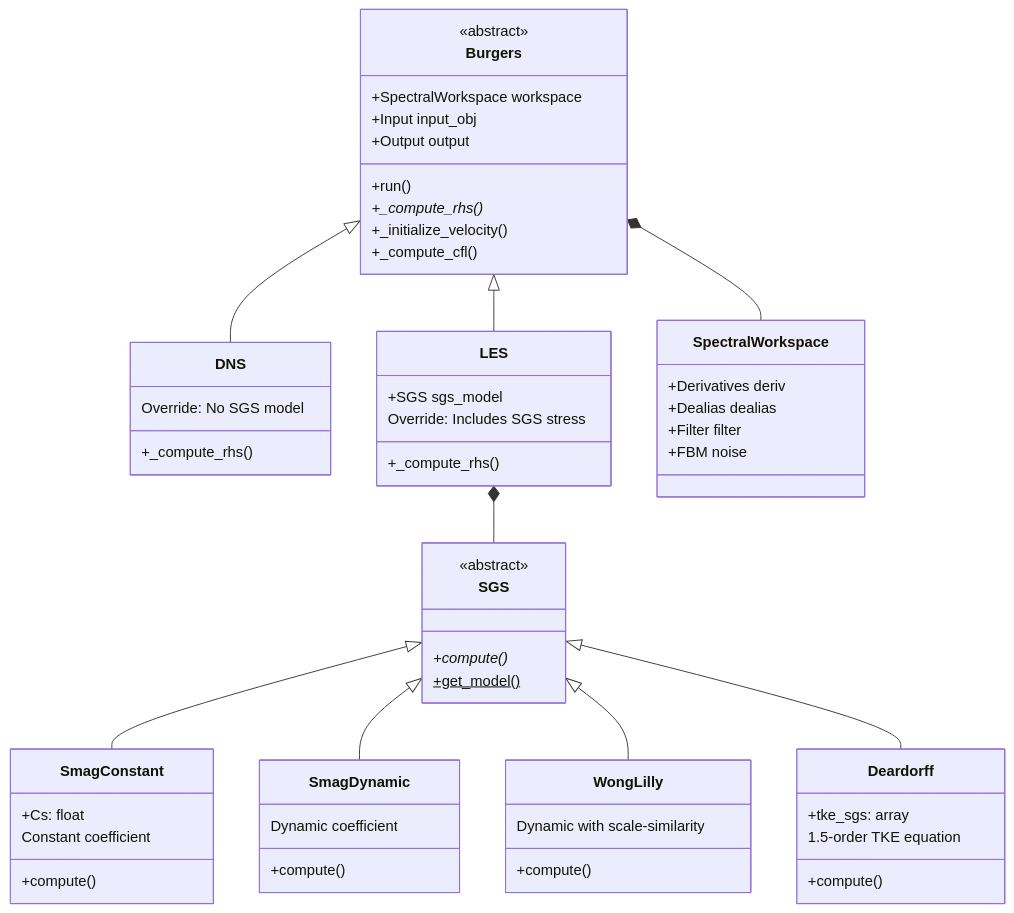
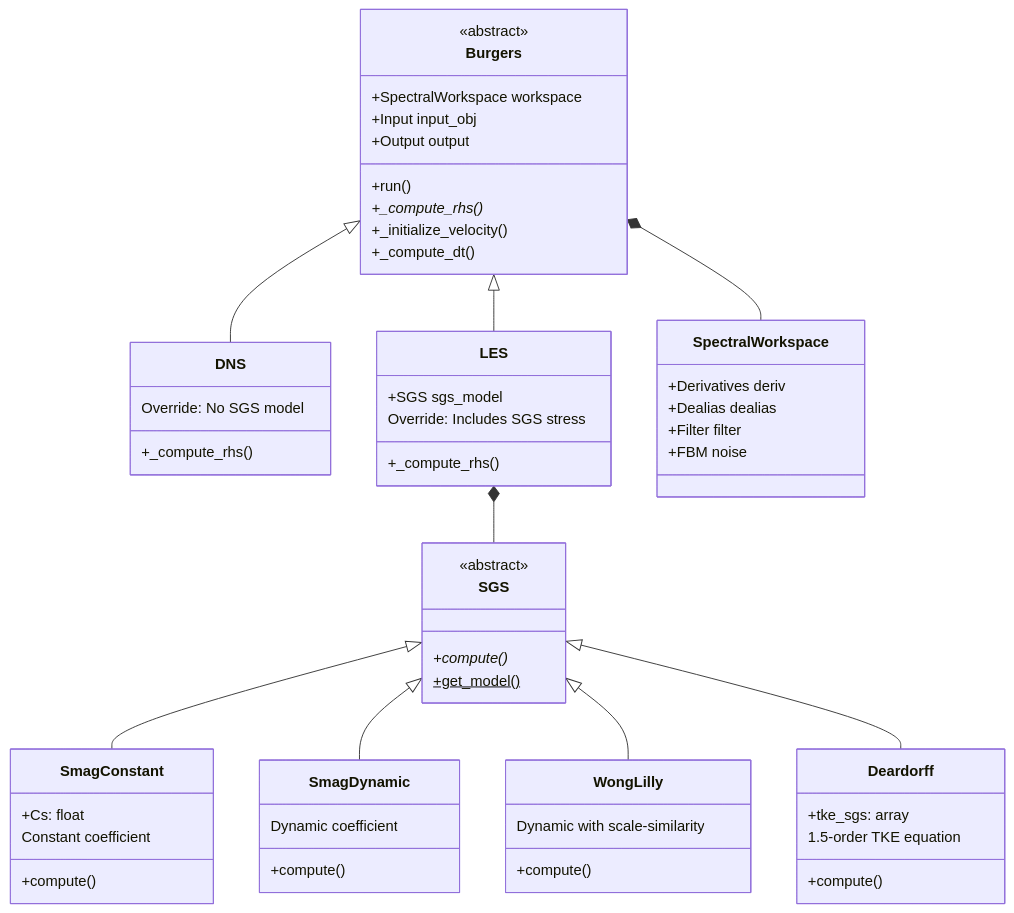
The fourth of 7 diagrams in docs/architecture.md (jeremygibbs/pyburgers), drawn with Mermaid before and after one commit. The commit also changed other lines of this file, not shown here.

Commit message:
Fix stale Smagorinsky constant, method names, and wisdom diagram in architecture docs

````diff
--- a/docs/architecture.md
+++ b/docs/architecture.md
@@ -154,68 +154,68 @@
 ```mermaid
 classDiagram
     class Burgers {
         <<abstract>>
         +SpectralWorkspace workspace
         +Input input_obj
         +Output output
         +run()
         +_compute_rhs()*
         +_initialize_velocity()
-        +_compute_cfl()
+        +_compute_dt()
     }
 
     class DNS {
         +_compute_rhs()
         Override: No SGS model
     }
 
     class LES {
         +SGS sgs_model
         +_compute_rhs()
         Override: Includes SGS stress
     }
 
     class SGS {
         <<abstract>>
         +compute()*
         +get_model()$
     }
 
     class SmagConstant {
         +Cs: float
         +compute()
         Constant coefficient
     }
 
     class SmagDynamic {
         +compute()
         Dynamic coefficient
     }
 
     class WongLilly {
         +compute()
         Dynamic with scale-similarity
     }
 
     class Deardorff {
         +tke_sgs: array
         +compute()
         1.5-order TKE equation
     }
 
     class SpectralWorkspace {
         +Derivatives deriv
         +Dealias dealias
         +Filter filter
         +FBM noise
     }
 
     Burgers <|-- DNS
     Burgers <|-- LES
     Burgers *-- SpectralWorkspace
     LES *-- SGS
     SGS <|-- SmagConstant
     SGS <|-- SmagDynamic
     SGS <|-- WongLilly
     SGS <|-- Deardorff
 ```
````
